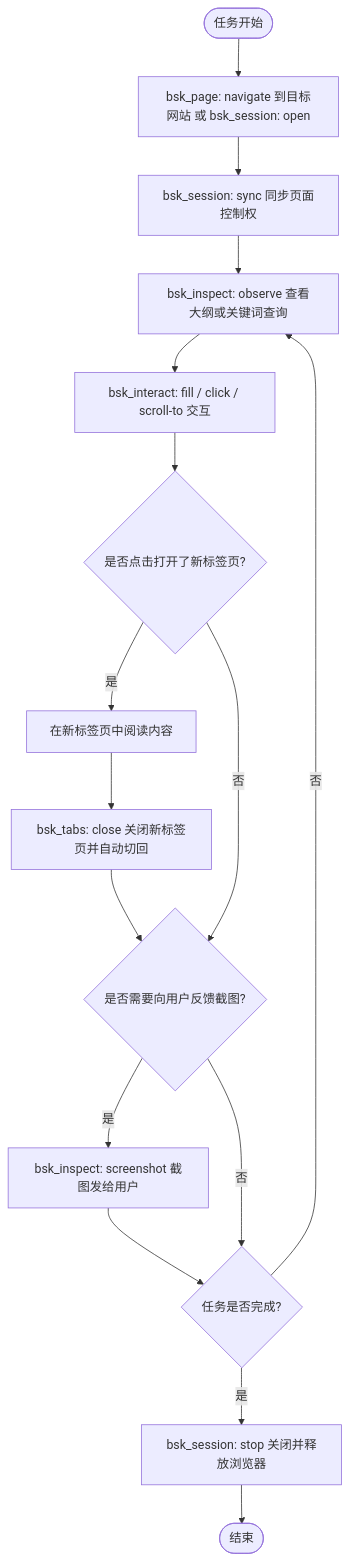
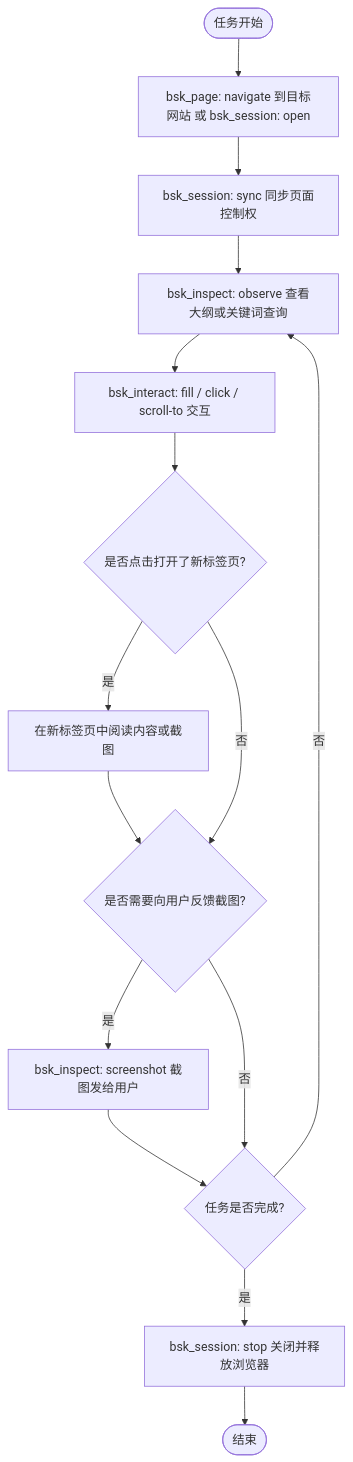
The diagram in skill/bsk-browser/SKILL.md (SmileYik/astrbot_plugin_bsk_browser), drawn with Mermaid before and after one commit. The commit also changed other lines of this file and 3 other files, not shown here.

````diff
--- a/skill/bsk-browser/SKILL.md
+++ b/skill/bsk-browser/SKILL.md
@@ -109,18 +105,17 @@
 ```mermaid
 flowchart TD
     Start([任务开始]) --> Open[bsk_page: navigate 到目标网站 或 bsk_session: open]
     Open --> Sync[bsk_session: sync 同步页面控制权]
     Sync --> Observe[bsk_inspect: observe 查看大纲或关键词查询]
     Observe --> Act[bsk_interact: fill / click / scroll-to 交互]
     Act --> NewTabCheck{是否点击打开了新标签页?}
-    NewTabCheck -- 是 --> ReadTab[在新标签页中阅读内容]
-    ReadTab --> CloseTab[bsk_tabs: close 关闭新标签页并自动切回]
-    CloseTab --> NextStep
-    NewTabCheck -- 否 --> NextStep{是否需要向用户反馈截图?}
+    NewTabCheck -- 是 --> ReadTab[在新标签页中阅读内容或截图]
+    ReadTab --> NextStep{是否需要向用户反馈截图?}
+    NewTabCheck -- 否 --> NextStep
     NextStep -- 是 --> Shot[bsk_inspect: screenshot 截图发给用户]
     Shot --> Done{任务是否完成?}
     NextStep -- 否 --> Done
     Done -- 否 --> Observe
     Done -- 是 --> Close[bsk_session: stop 关闭并释放浏览器]
     Close --> End([结束])
 ```
````
